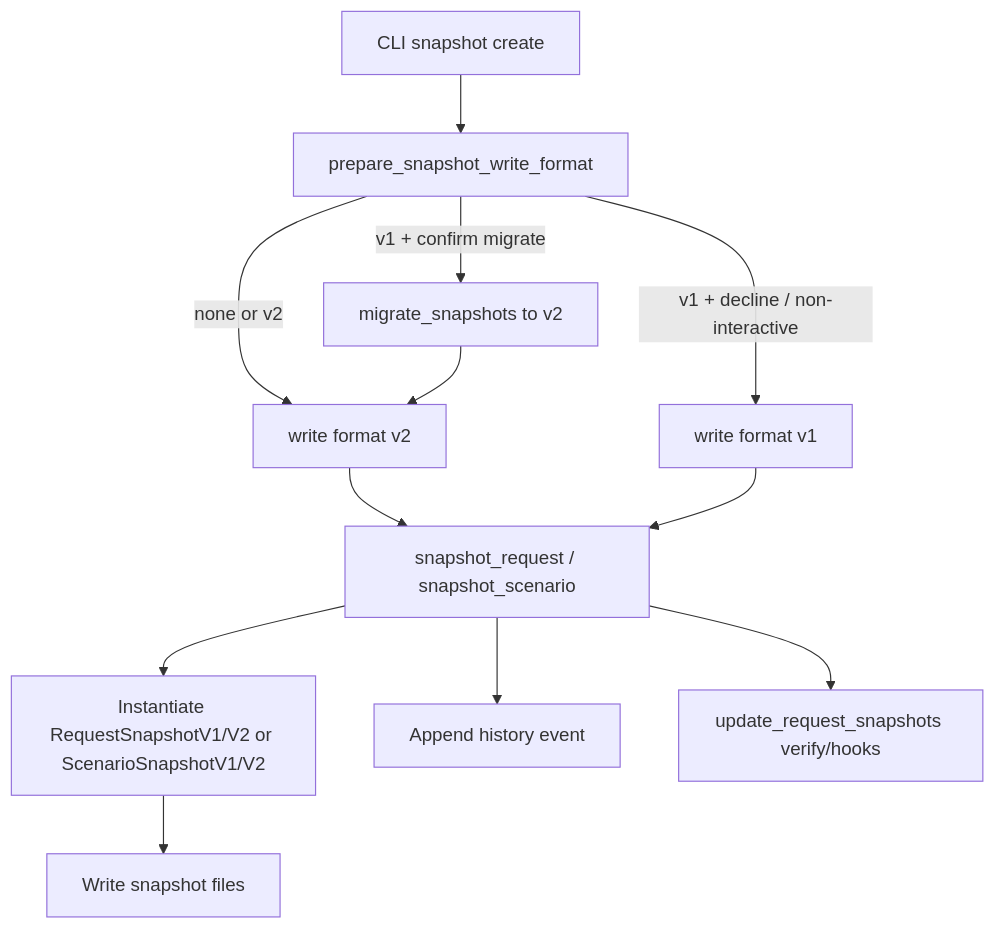
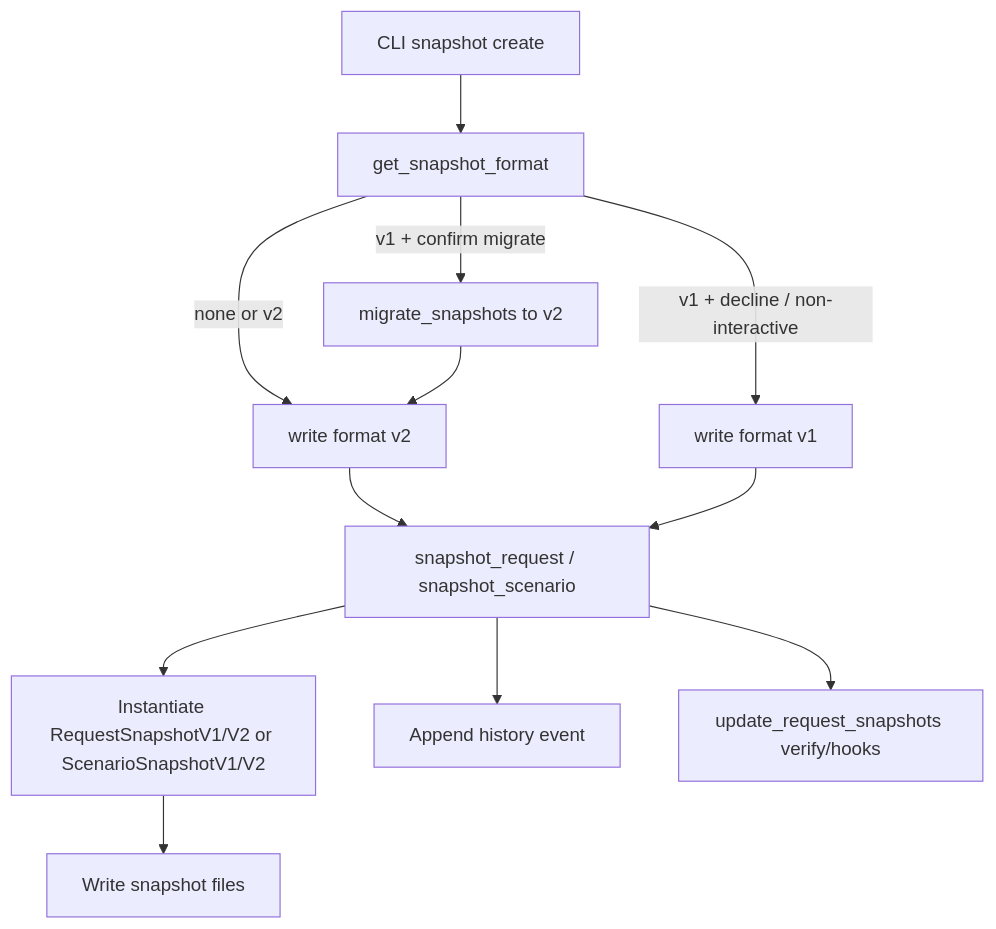
Before and after one commit to Stoobly/stoobly-agent: the first of 2 diagrams in docs/snapshot-create.md, drawn with Mermaid. The commit also changed other lines of this file and 4 other files, not shown here.

First line of the commit message:
Rename snapshot format helper to get_snapshot_format.

````diff
--- a/docs/snapshot-create.md
+++ b/docs/snapshot-create.md
@@ -16,14 +16,14 @@
 ```mermaid
 flowchart TD
-  cli[CLI snapshot create] --> prompt[prepare_snapshot_write_format]
+  cli[CLI snapshot create] --> prompt[get_snapshot_format]
   prompt -->|none or v2| v2[write format v2]
   prompt -->|v1 + confirm migrate| migrate[migrate_snapshots to v2]
   migrate --> v2
   prompt -->|v1 + decline / non-interactive| v1[write format v1]
   v2 --> write[snapshot_request / snapshot_scenario]
   v1 --> write
   write --> clazz[Instantiate RequestSnapshotV1/V2 or ScenarioSnapshotV1/V2]
   clazz --> files[Write snapshot files]
   write --> history[Append history event]
   write --> post[update_request_snapshots verify/hooks]
 ```
````
